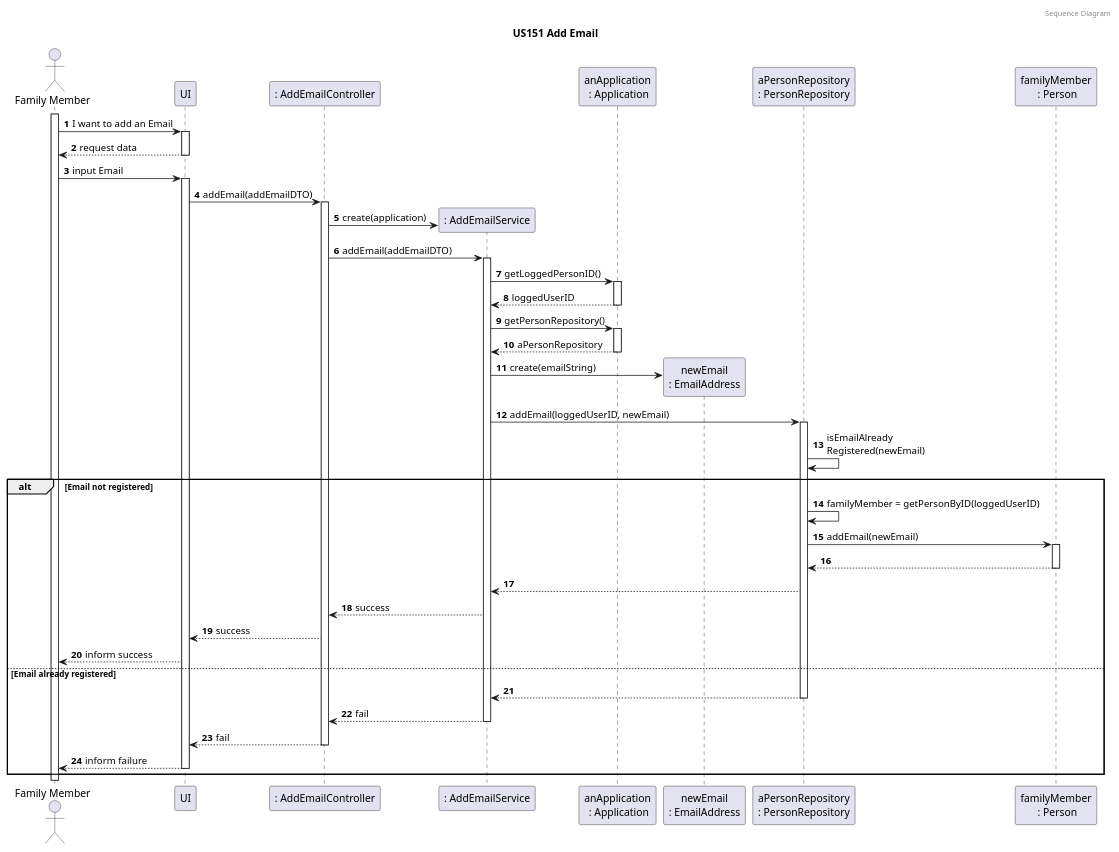
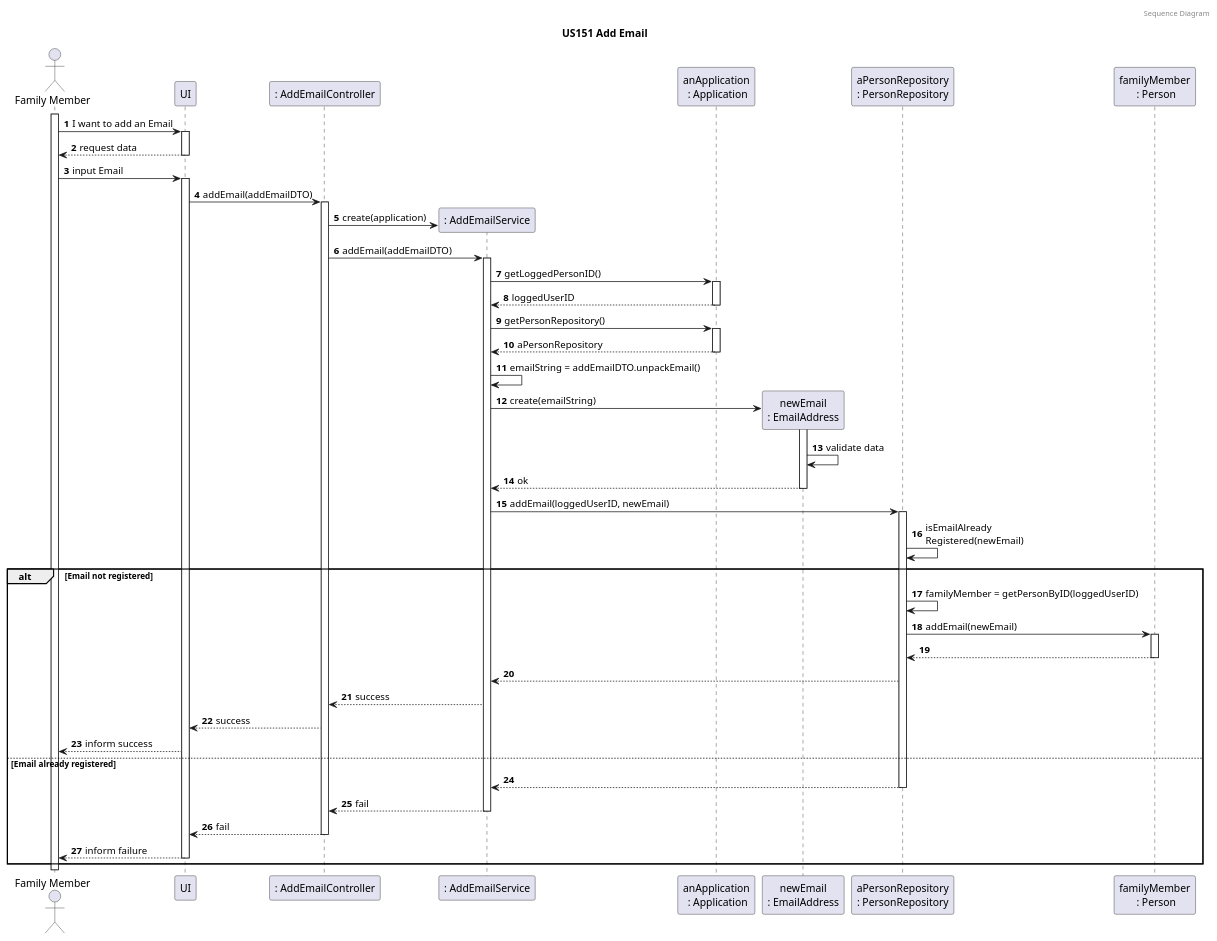
Before and after one commit to tomas-osswald/switch_2020_g3: the fourth of 4 diagrams in docs/sprint3/user_stories/US151_AddEmail.md, drawn with PlantUML. The commit also changed other lines of this file and 1 other file, not shown here.

Commit message:
separated id from email list

`````diff
--- a/docs/sprint3/user_stories/US151_AddEmail.md
+++ b/docs/sprint3/user_stories/US151_AddEmail.md
@@ -201,77 +201,81 @@
 ````puml
 @startuml
 
 autonumber
 header Sequence Diagram
 title US151 Add Email
 
 actor "Family Member" as actor
 participant "UI" as UI
 participant ": AddEmailController" as controller
 participant ": AddEmailService" as service
 participant "anApplication\n : Application" as app
 participant "newEmail\n: EmailAddress" as email
 participant "aPersonRepository\n: PersonRepository" as prepository
 participant "familyMember\n : Person" as person
 
 activate actor
 actor -> UI: I want to add an Email
 activate UI
 return request data
 actor -> UI : input Email
 activate UI
 
 UI -> controller : addEmail(addEmailDTO)
 activate controller
 
 controller -> service** : create(application)
 controller -> service : addEmail(addEmailDTO)
 activate service
 
 service -> app : getLoggedPersonID()
 activate app
 return loggedUserID
 
 service -> app : getPersonRepository()
 activate app
 return aPersonRepository
 
+service -> service : emailString = addEmailDTO.unpackEmail()
 service -> email** : create(emailString)
+activate email
+email -> email : validate data
+return ok
 
 service -> prepository : addEmail(loggedUserID, newEmail)
 activate prepository
 prepository -> prepository : isEmailAlready\nRegistered(newEmail)
 
 alt Email not registered
 
 prepository -> prepository : familyMember = getPersonByID(loggedUserID)
 prepository -> person : addEmail(newEmail)
 activate person
 person --> prepository
 deactivate person
 
 prepository --> service
 
 service --> controller : success
 
 controller --> UI : success
 
 UI --> actor : inform success
 
 else Email already registered
 
 prepository --> service
 deactivate prepository
 
 service --> controller : fail
 deactivate service
 
 controller --> UI : fail
 deactivate controller
 
 UI --> actor : inform failure
 deactivate UI
 
 end
 @enduml
 ````
`````
